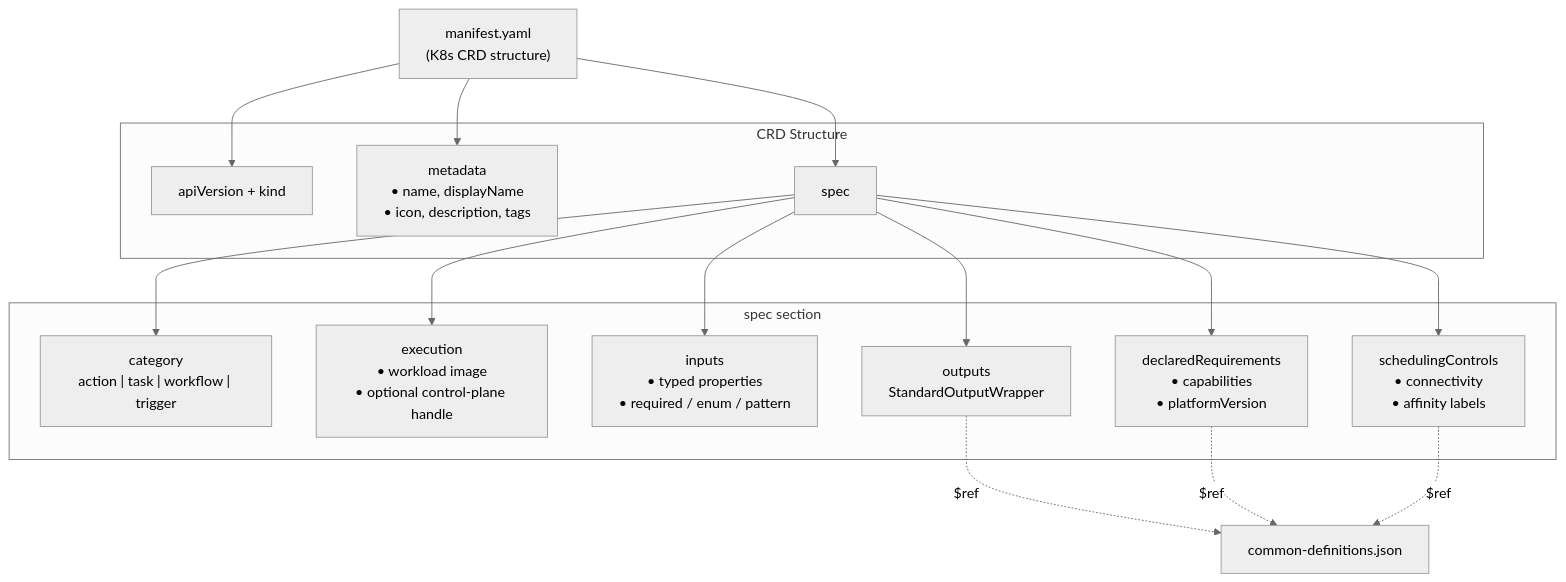
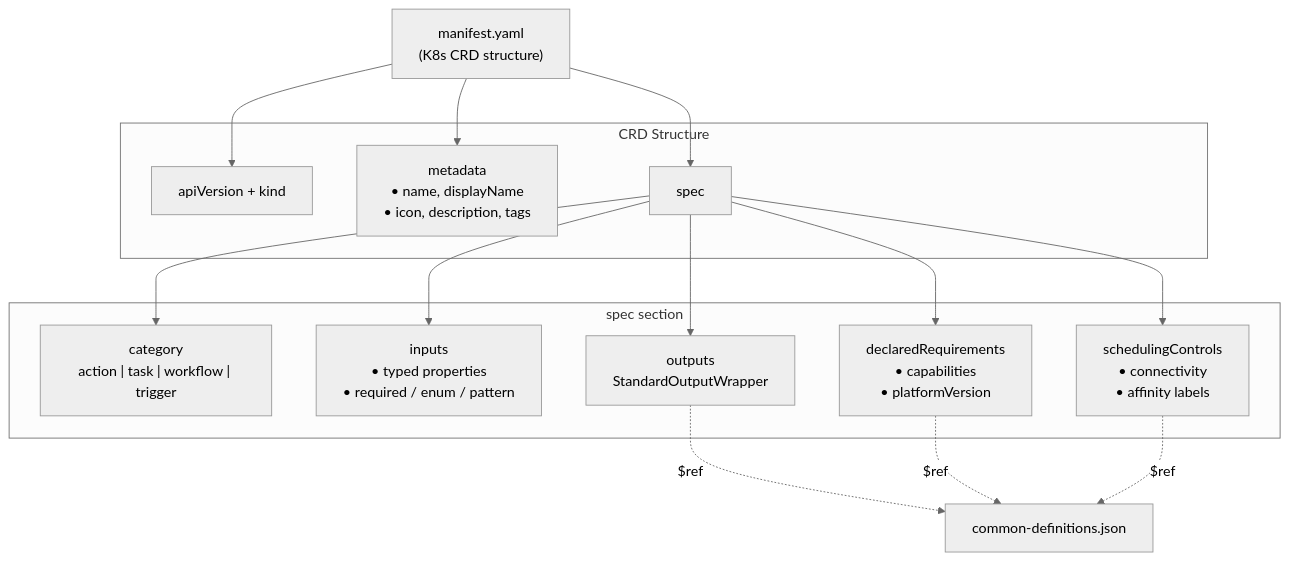
Before and after one commit to syntara-orchestration/syntara-node-sdk: the second of 6 diagrams in docs/architecture.md, drawn with Mermaid (neutral theme). The commit also changed other lines of this file and 26 other files, not shown here.

Commit message:
fix: align image spec with recent decisions

````diff
--- a/docs/architecture.md
+++ b/docs/architecture.md
@@ -260,33 +256,31 @@
 ```mermaid
 graph TB
     MANIFEST["manifest.yaml<br/>(K8s CRD structure)"]
 
     subgraph CRD["CRD Structure"]
         API["apiVersion + kind"]
         META["metadata<br/>• name, displayName<br/>• icon, description, tags"]
         SPEC["spec"]
     end
 
     subgraph SPEC_CONTENTS["spec section"]
         CLASS["category<br/>action | task | workflow | trigger"]
-        EXEC["execution<br/>• workload image<br/>• optional control-plane handle"]
         INPUTS["inputs<br/>• typed properties<br/>• required / enum / pattern"]
         OUTPUTS["outputs<br/>StandardOutputWrapper"]
         REQS["declaredRequirements<br/>• capabilities<br/>• platformVersion"]
         SCHED["schedulingControls<br/>• connectivity<br/>• affinity labels"]
     end
 
     MANIFEST --> API
     MANIFEST --> META
     MANIFEST --> SPEC
     SPEC --> CLASS
-    SPEC --> EXEC
     SPEC --> INPUTS
     SPEC --> OUTPUTS
     SPEC --> REQS
     SPEC --> SCHED
 
     OUTPUTS -.->|$ref| CD["common-definitions.json"]
     REQS -.->|$ref| CD
     SCHED -.->|$ref| CD
 ```
````
